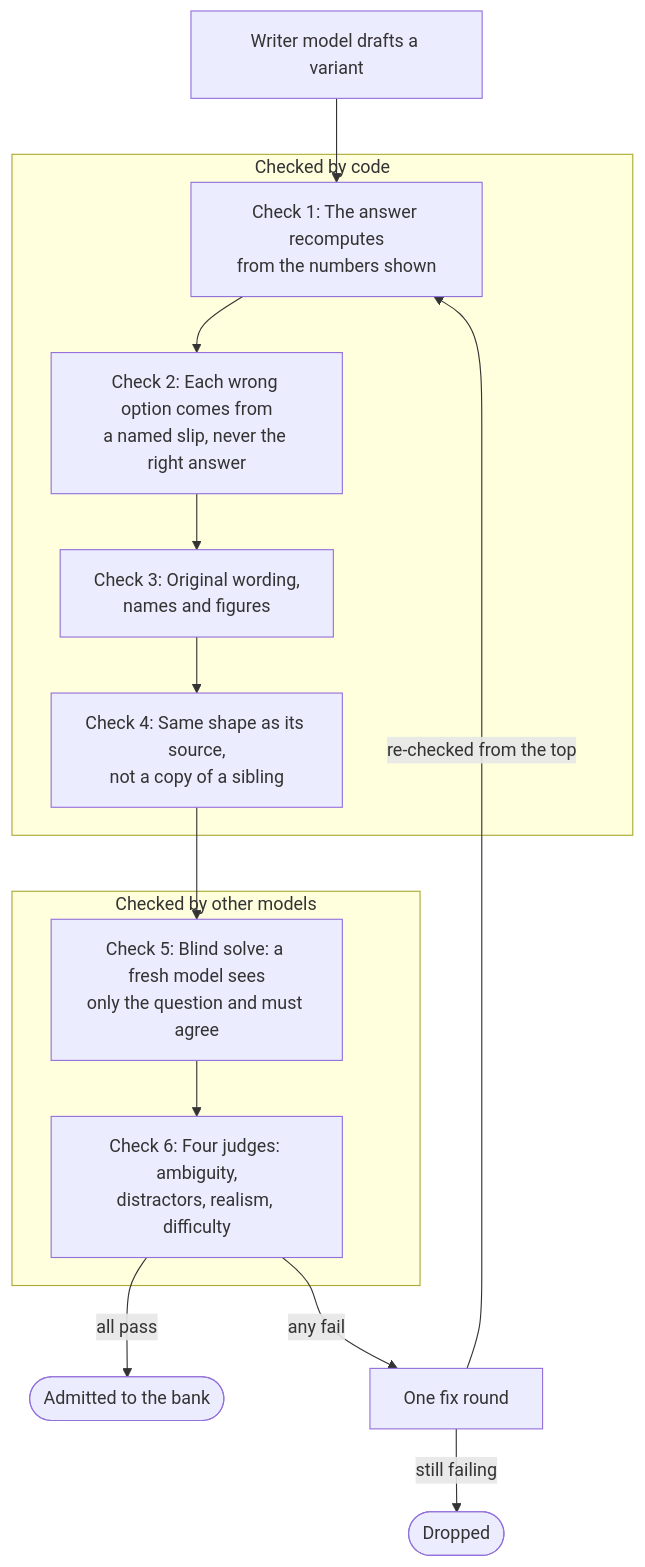
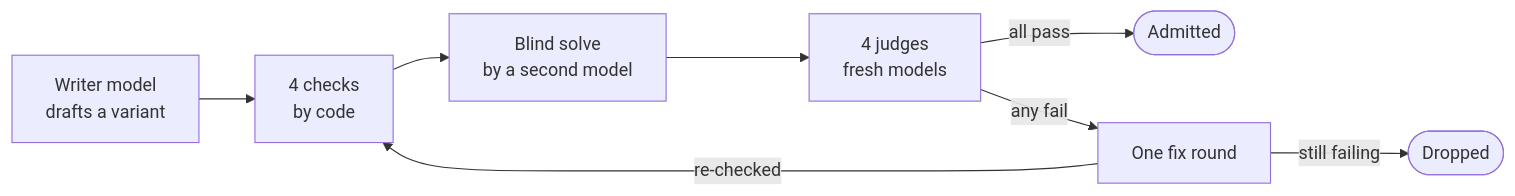
The second of 3 diagrams in README.md (gibranmkyn/margins-mental-math), drawn with Mermaid before and after one commit. The commit also changed other lines of this file, not shown here.

Commit message:
README: simplify the pipeline diagram

````diff
--- a/README.md
+++ b/README.md
@@ -45,17 +45,10 @@
 ```mermaid
-flowchart TD
-    W["Writer model drafts a variant"] --> C1
-    subgraph CODE ["Checked by code"]
-        C1["Check 1: The answer recomputes<br/>from the numbers shown"] --> C2["Check 2: Each wrong option comes from<br/>a named slip, never the right answer"]
-        C2 --> C3["Check 3: Original wording,<br/>names and figures"]
-        C3 --> C4["Check 4: Same shape as its source,<br/>not a copy of a sibling"]
-    end
-    C4 --> M1
-    subgraph MODELS ["Checked by other models"]
-        M1["Check 5: Blind solve: a fresh model sees<br/>only the question and must agree"] --> M2["Check 6: Four judges: ambiguity,<br/>distractors, realism, difficulty"]
-    end
-    M2 -->|"all pass"| A(["Admitted to the bank"])
-    M2 -->|"any fail"| F["One fix round"]
-    F -->|"re-checked from the top"| C1
+flowchart LR
+    W["Writer model<br/>drafts a variant"] --> C["4 checks<br/>by code"]
+    C --> S["Blind solve<br/>by a second model"]
+    S --> J["4 judges<br/>fresh models"]
+    J -->|"all pass"| A(["Admitted"])
+    J -->|"any fail"| F["One fix round"]
+    F -->|"re-checked"| C
     F -->|"still failing"| D(["Dropped"])
 ```
````
